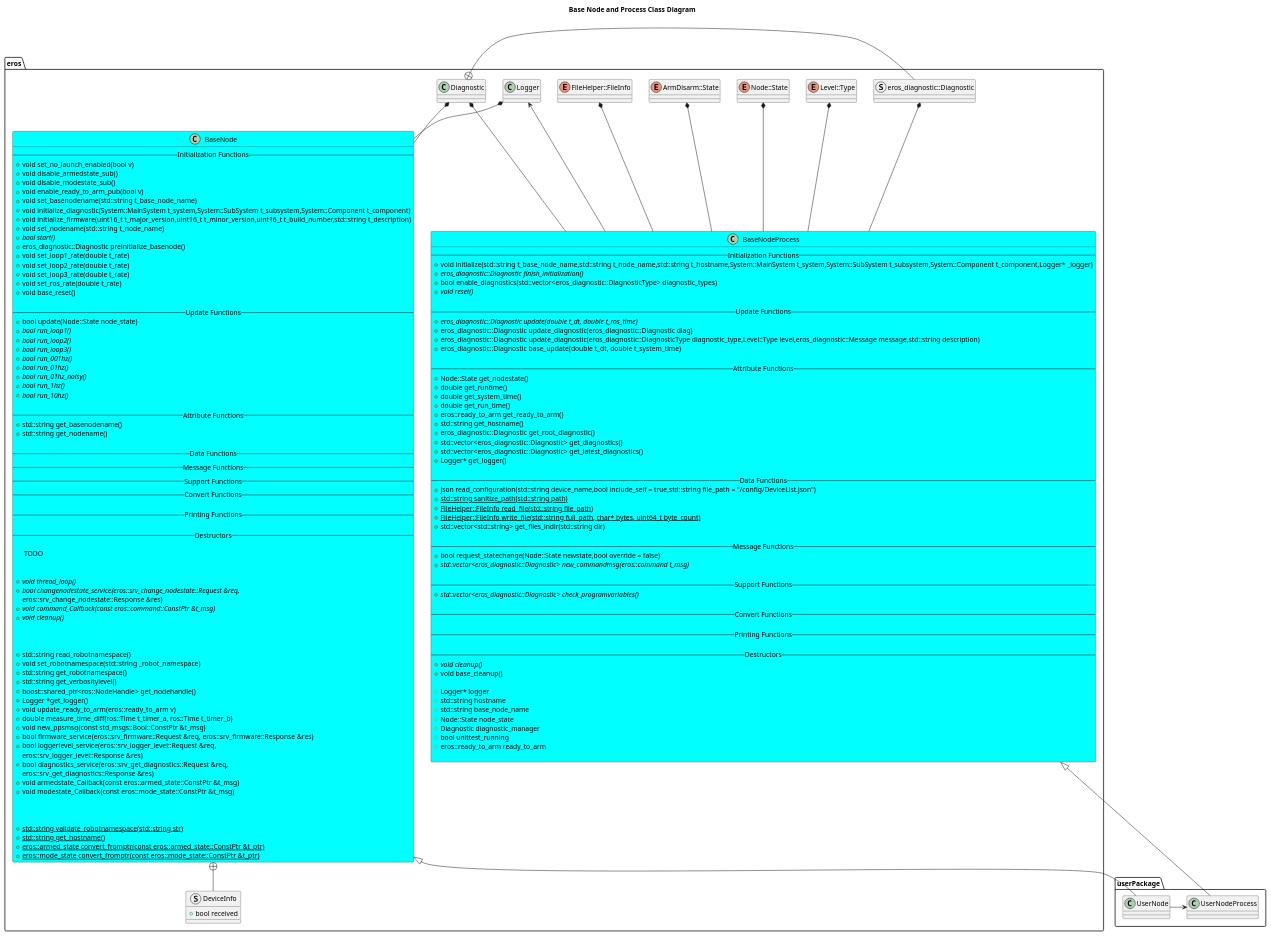
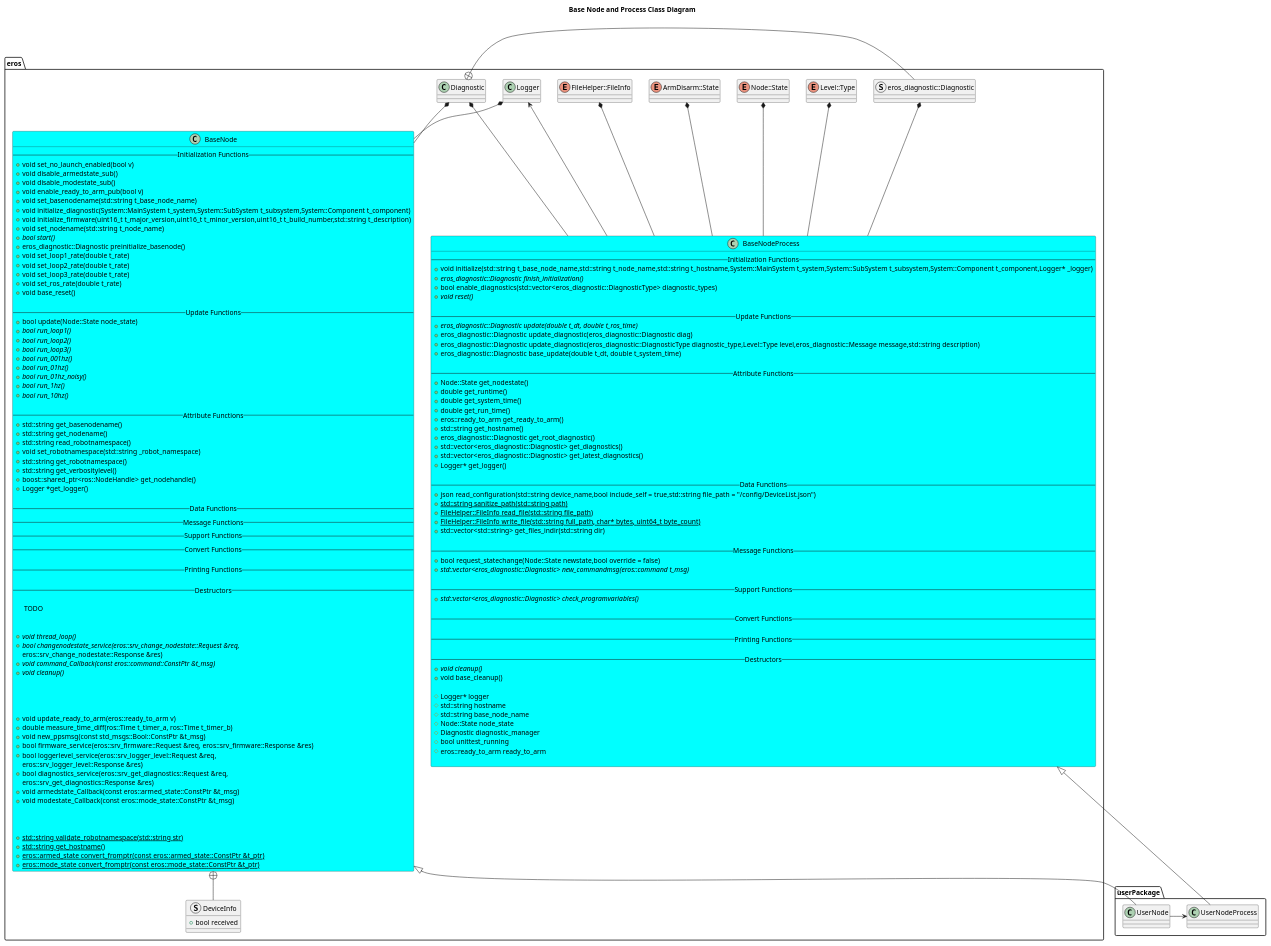
One commit to dgitz/eros changed the diagram in include/eros/doc/BaseNodeClassDiagram.puml. Above: the diagram before and after it, drawn with PlantUML. The commit also changed 12 other files, not shown here.

```diff
--- a/include/eros/doc/BaseNodeClassDiagram.puml
+++ b/include/eros/doc/BaseNodeClassDiagram.puml
@@ -1,169 +1,170 @@
 @startuml
 title Base Node and Process Class Diagram
 package eros {
     together {
         enum Level::Type
         struct eros_diagnostic::Diagnostic
         enum Node::State
         class Logger
         enum ArmDisarm::State
         enum FileHelper::FileInfo
         class Diagnostic
     }
 
     Logger <-- BaseNodeProcess
     Level::Type *-- BaseNodeProcess
     eros_diagnostic::Diagnostic *-- BaseNodeProcess
     Node::State *-- BaseNodeProcess
     ArmDisarm::State *-- BaseNodeProcess
     FileHelper::FileInfo *-- BaseNodeProcess
     Diagnostic *-- BaseNodeProcess
     Diagnostic *-- BaseNode
     Logger *-- BaseNode
     Diagnostic +- eros_diagnostic::Diagnostic
     class BaseNodeProcess #Cyan {
         -- Initialization Functions --
         +void initialize(std::string t_base_node_name,std::string t_node_name,std::string t_hostname,System::MainSystem t_system,System::SubSystem t_subsystem,System::Component t_component,Logger* _logger)
         +{abstract} eros_diagnostic::Diagnostic finish_initialization()
         +bool enable_diagnostics(std::vector<eros_diagnostic::DiagnosticType> diagnostic_types)
         +{abstract} void reset()
 
         -- Update Functions --
         +{abstract} eros_diagnostic::Diagnostic update(double t_dt, double t_ros_time)
         +eros_diagnostic::Diagnostic update_diagnostic(eros_diagnostic::Diagnostic diag)
         +eros_diagnostic::Diagnostic update_diagnostic(eros_diagnostic::DiagnosticType diagnostic_type,Level::Type level,eros_diagnostic::Message message,std::string description)
         +eros_diagnostic::Diagnostic base_update(double t_dt, double t_system_time)
 
         -- Attribute Functions --
         +Node::State get_nodestate()
         +double get_runtime()
         +double get_system_time() 
         +double get_run_time()
         +eros::ready_to_arm get_ready_to_arm()
         +std::string get_hostname()
         +eros_diagnostic::Diagnostic get_root_diagnostic()
         +std::vector<eros_diagnostic::Diagnostic> get_diagnostics()
         +std::vector<eros_diagnostic::Diagnostic> get_latest_diagnostics()
         +Logger* get_logger()
 
         -- Data Functions --
         +json read_configuration(std::string device_name,bool include_self = true,std::string file_path = "~/config/DeviceList.json")
         +{static} std::string sanitize_path(std::string path)
         +{static} FileHelper::FileInfo read_file(std::string file_path)
         +{static} FileHelper::FileInfo write_file(std::string full_path, char* bytes, uint64_t byte_count)
         +std::vector<std::string> get_files_indir(std::string dir)
 
         -- Message Functions --
         +bool request_statechange(Node::State newstate,bool override = false)
         +{abstract} std::vector<eros_diagnostic::Diagnostic> new_commandmsg(eros::command t_msg)
         
         -- Support Functions --
         +{abstract} std::vector<eros_diagnostic::Diagnostic> check_programvariables() 
 
         -- Convert Functions --
         
         -- Printing Functions --
 
         -- Destructors --
         +{abstract} void cleanup()
         +void base_cleanup()
   
         #Logger* logger
         #std::string hostname
         #std::string base_node_name
         #Node::State node_state
         #Diagnostic diagnostic_manager
         #bool unittest_running
         #eros::ready_to_arm ready_to_arm
 
     }
     struct DeviceInfo {
         +bool received
     }
     class BaseNode #Cyan {
         -- Initialization Functions --
         +void set_no_launch_enabled(bool v)
         +void disable_armedstate_sub()
         +void disable_modestate_sub()
         +void enable_ready_to_arm_pub(bool v)
         +void set_basenodename(std::string t_base_node_name)
         +void initialize_diagnostic(System::MainSystem t_system,System::SubSystem t_subsystem,System::Component t_component)
         +void initialize_firmware(uint16_t t_major_version,uint16_t t_minor_version,uint16_t t_build_number,std::string t_description)
         +void set_nodename(std::string t_node_name)
         +{abstract} bool start()
         +eros_diagnostic::Diagnostic preinitialize_basenode()
         +void set_loop1_rate(double t_rate)
         +void set_loop2_rate(double t_rate)
         +void set_loop3_rate(double t_rate)
         +void set_ros_rate(double t_rate)
         +void base_reset()
 
         -- Update Functions --
         +bool update(Node::State node_state)
         +{abstract} bool run_loop1()
         +{abstract} bool run_loop2()
         +{abstract} bool run_loop3()
         +{abstract} bool run_001hz()
         +{abstract} bool run_01hz()
         +{abstract} bool run_01hz_noisy()
         +{abstract} bool run_1hz()
         +{abstract} bool run_10hz()
 
         -- Attribute Functions --
         +std::string get_basenodename()
         +std::string get_nodename()
+        +std::string read_robotnamespace()
+        +void set_robotnamespace(std::string _robot_namespace)
+        +std::string get_robotnamespace()
+        +std::string get_verbositylevel()
+        +boost::shared_ptr<ros::NodeHandle> get_nodehandle()
+        +Logger *get_logger()
 
         -- Data Functions --
         -- Message Functions --
         -- Support Functions --
         -- Convert Functions --
         
         -- Printing Functions --
 
         -- Destructors --
 
         -- TODO -- 
         
         
         +{abstract} void thread_loop()
         +{abstract} bool changenodestate_service(eros::srv_change_nodestate::Request &req,
                                             eros::srv_change_nodestate::Response &res)
         +{abstract} void command_Callback(const eros::command::ConstPtr &t_msg)
         +{abstract} void cleanup()
 
         
         
-        +std::string read_robotnamespace()
-        +void set_robotnamespace(std::string _robot_namespace)
-        +std::string get_robotnamespace()
-        +std::string get_verbositylevel()
-        +boost::shared_ptr<ros::NodeHandle> get_nodehandle()
-        +Logger *get_logger()
+        
         +void update_ready_to_arm(eros::ready_to_arm v)
         +double measure_time_diff(ros::Time t_timer_a, ros::Time t_timer_b)
         +void new_ppsmsg(const std_msgs::Bool::ConstPtr &t_msg)
         +bool firmware_service(eros::srv_firmware::Request &req, eros::srv_firmware::Response &res)
         +bool loggerlevel_service(eros::srv_logger_level::Request &req,
                                 eros::srv_logger_level::Response &res)
         +bool diagnostics_service(eros::srv_get_diagnostics::Request &req,
                                 eros::srv_get_diagnostics::Response &res)
         +void armedstate_Callback(const eros::armed_state::ConstPtr &t_msg)
         +void modestate_Callback(const eros::mode_state::ConstPtr &t_msg)
 
 
 
         +{static} std::string validate_robotnamespace(std::string str)
         +{static} std::string get_hostname()
         +{static} eros::armed_state convert_fromptr(const eros::armed_state::ConstPtr &t_ptr)
         +{static} eros::mode_state convert_fromptr(const eros::mode_state::ConstPtr &t_ptr)
     }
     BaseNode +-- DeviceInfo
 }
 package userPackage {
     class UserNodeProcess
     class UserNode
     BaseNode <|-- UserNode
     BaseNodeProcess <|-- UserNodeProcess
     UserNode -> UserNodeProcess 
 }
 @enduml
```
